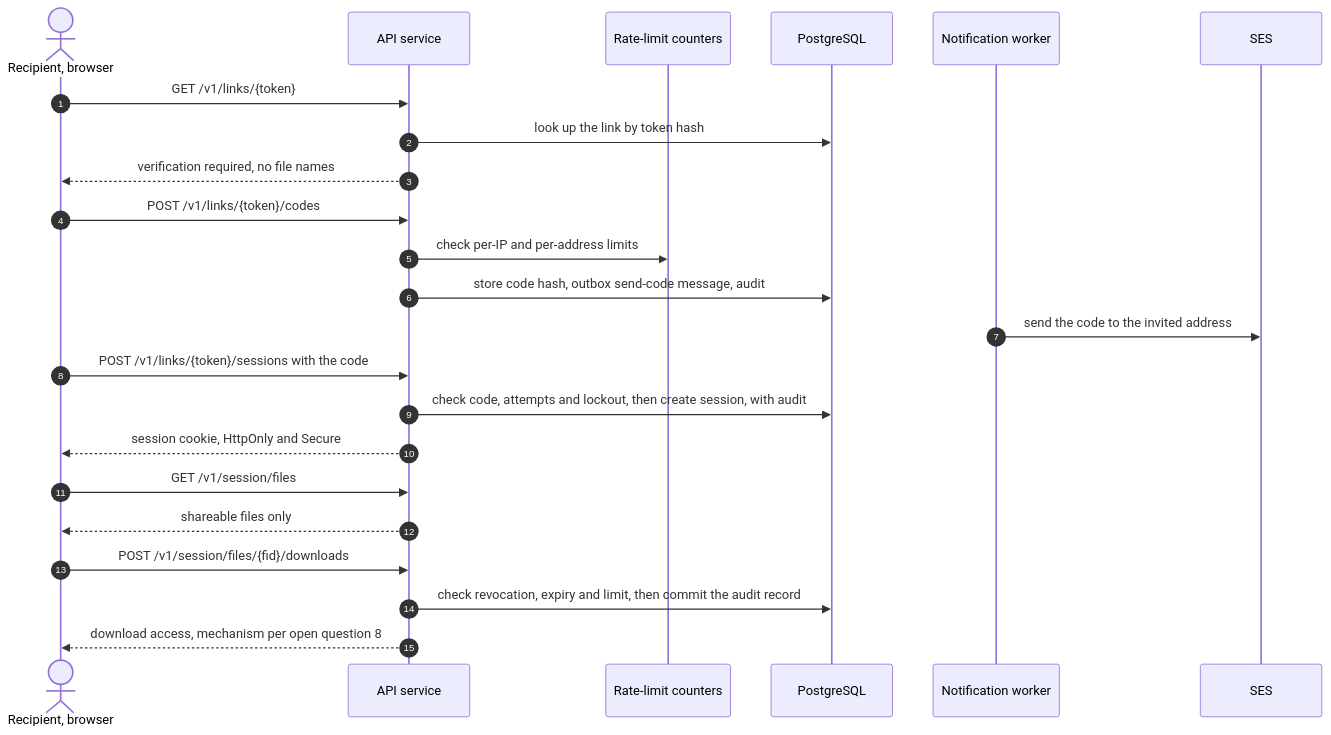
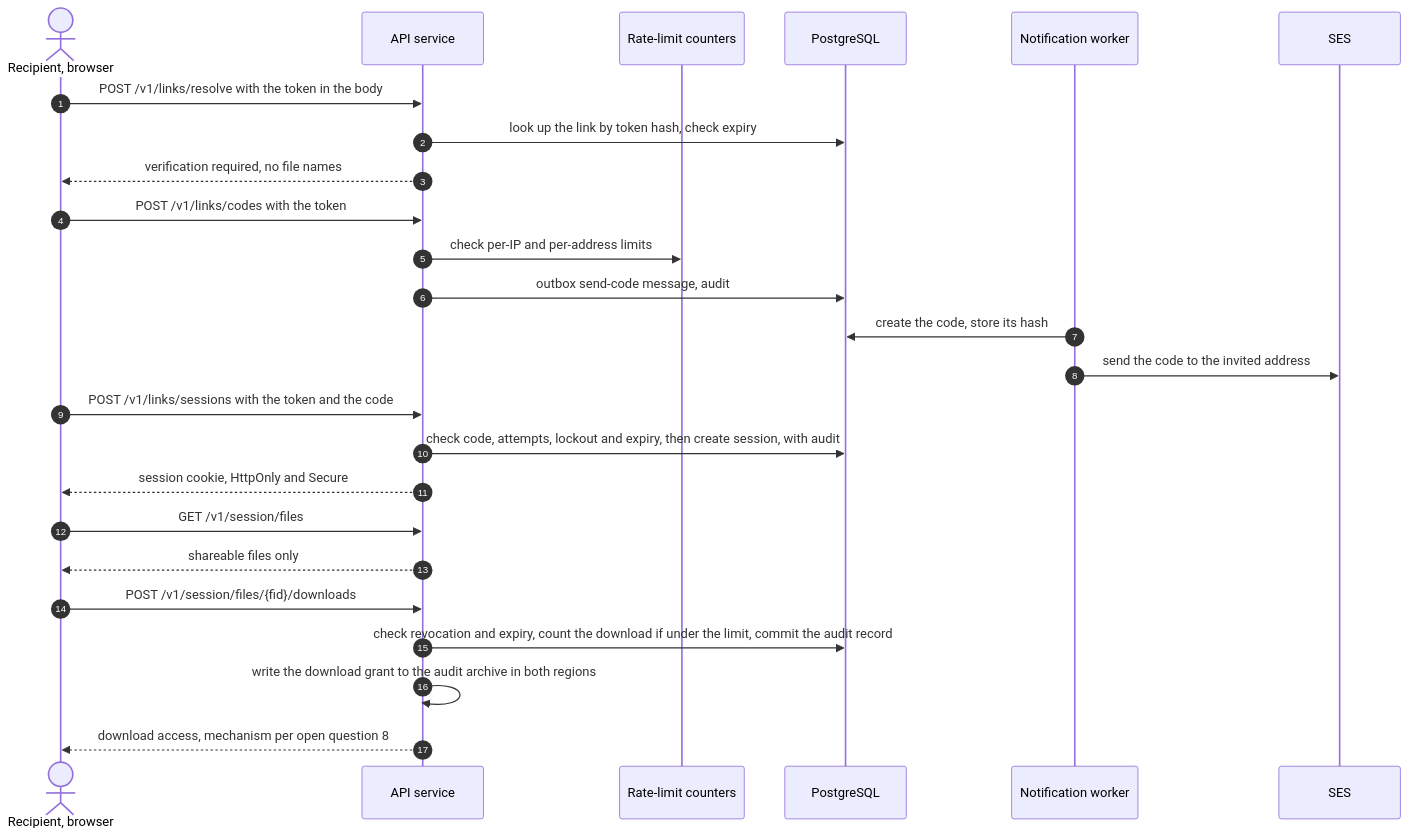
One commit to codewithmuh/secure-file-transfer changed the fifth of 8 diagrams in docs/architecture.md. Above: the diagram before and after it, drawn with Mermaid. The commit also changed other lines of this file, not shown here.

First line of the commit message:
docs: address code review on the architecture (#12)

````diff
--- a/docs/architecture.md
+++ b/docs/architecture.md
@@ -215,25 +237,27 @@
 ```mermaid
 sequenceDiagram
     autonumber
     actor R as Recipient, browser
     participant API as API service
     participant RL as Rate-limit counters
     participant DB as PostgreSQL
     participant NW as Notification worker
     participant E as SES
-    R->>API: GET /v1/links/{token}
-    API->>DB: look up the link by token hash
+    R->>API: POST /v1/links/resolve with the token in the body
+    API->>DB: look up the link by token hash, check expiry
     API-->>R: verification required, no file names
-    R->>API: POST /v1/links/{token}/codes
+    R->>API: POST /v1/links/codes with the token
     API->>RL: check per-IP and per-address limits
-    API->>DB: store code hash, outbox send-code message, audit
+    API->>DB: outbox send-code message, audit
+    NW->>DB: create the code, store its hash
     NW->>E: send the code to the invited address
-    R->>API: POST /v1/links/{token}/sessions with the code
-    API->>DB: check code, attempts and lockout, then create session, with audit
+    R->>API: POST /v1/links/sessions with the token and the code
+    API->>DB: check code, attempts, lockout and expiry, then create session, with audit
     API-->>R: session cookie, HttpOnly and Secure
     R->>API: GET /v1/session/files
     API-->>R: shareable files only
     R->>API: POST /v1/session/files/{fid}/downloads
-    API->>DB: check revocation, expiry and limit, then commit the audit record
+    API->>DB: check revocation and expiry, count the download if under the limit, commit the audit record
+    API->>API: write the download grant to the audit archive in both regions
     API-->>R: download access, mechanism per open question 8
 ```
````
